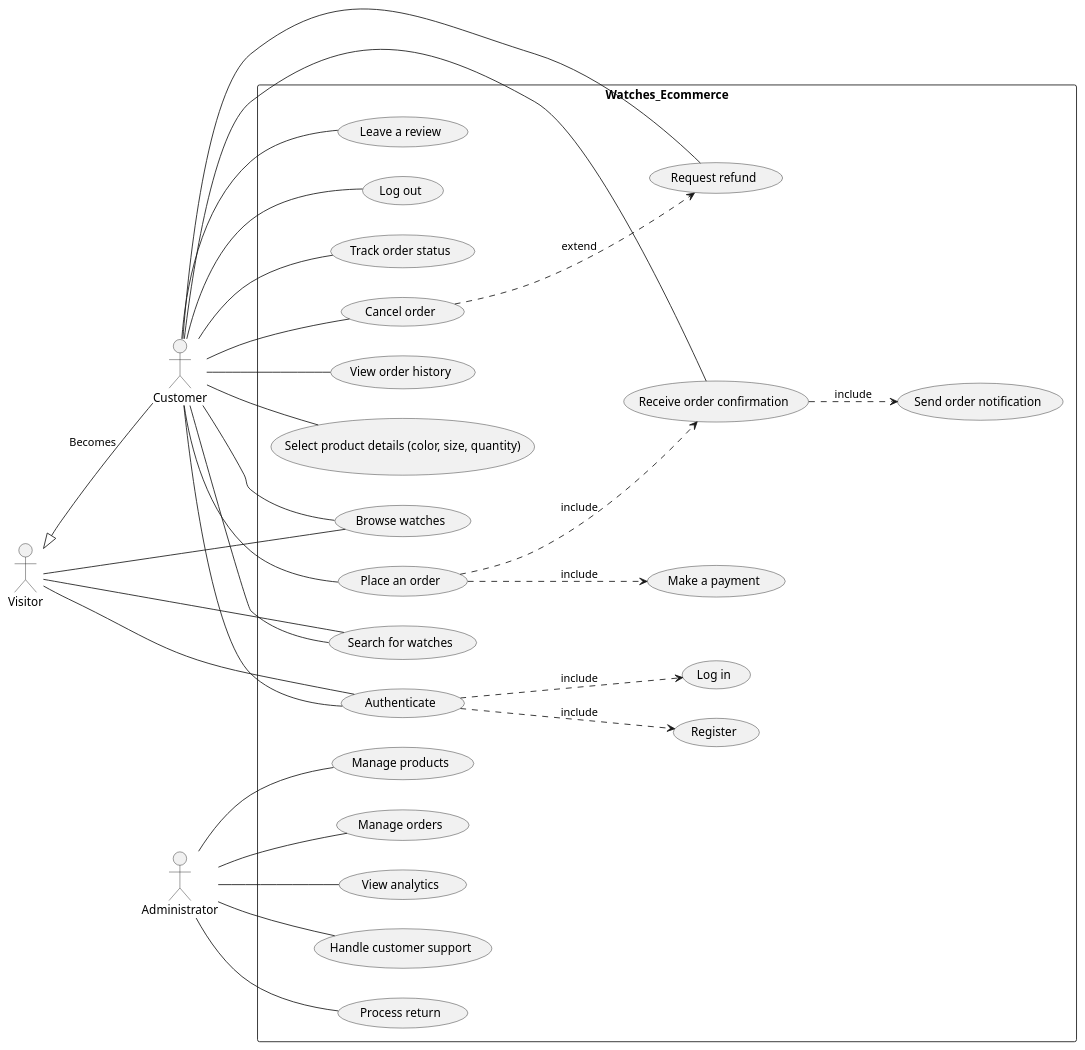
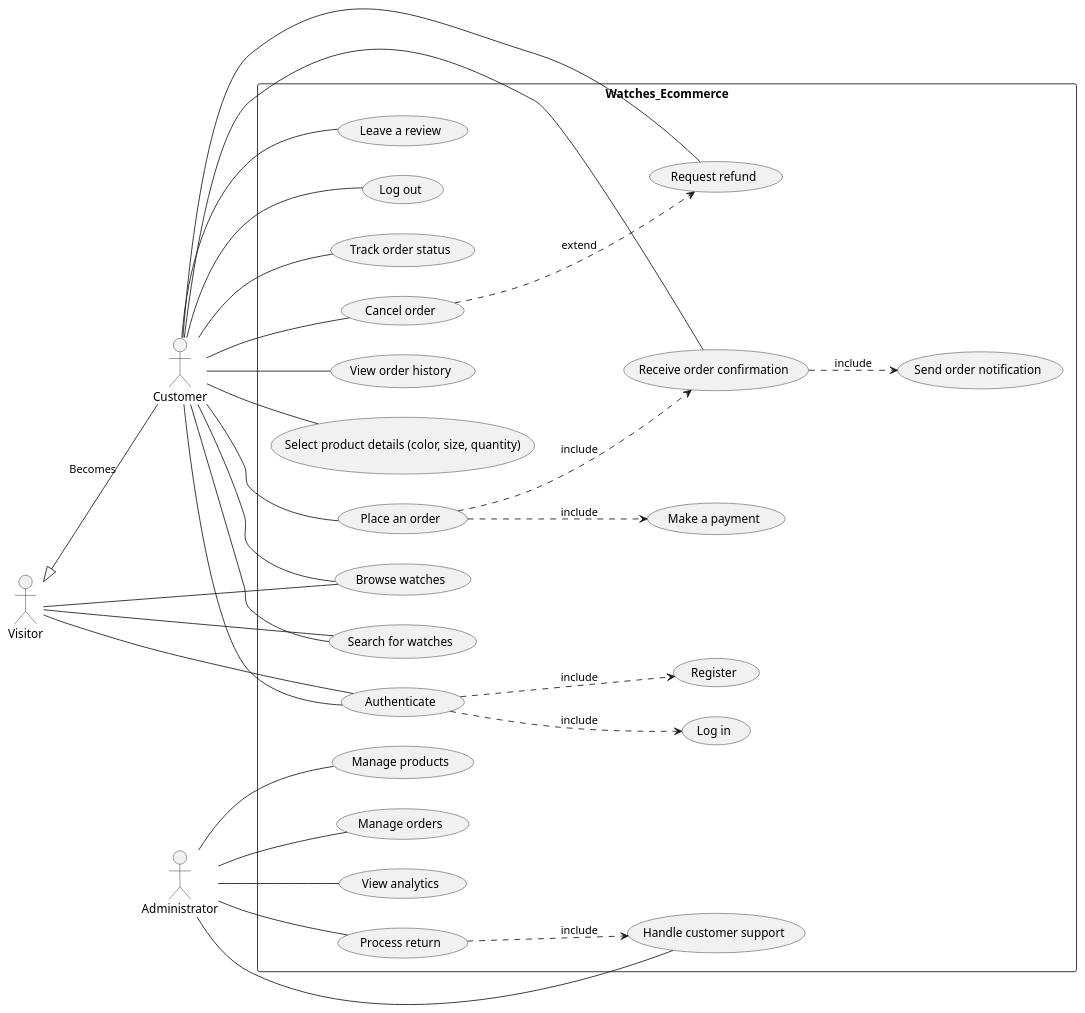
Before and after one commit to Tribak-Ayoub/E-commerce: the diagram in Functional_Branch/Use_Case/GeneralUseCase.pu, drawn with PlantUML.

```diff
--- a/Functional_Branch/Use_Case/GeneralUseCase.pu
+++ b/Functional_Branch/Use_Case/GeneralUseCase.pu
@@ -1,63 +1,64 @@
 @startuml Watches_Ecommerce
 left to right direction
 actor Visitor
 actor Customer
 actor Administrator
 
 rectangle "Watches_Ecommerce" {
   usecase "Browse watches" as UC_Browse
   usecase "Search for watches" as UC_Search
   usecase "Select product details (color, size, quantity)" as UC_SelectDetails
   usecase "Place an order" as UC_Order
   usecase "Make a payment" as UC_Payment
   usecase "Receive order confirmation" as UC_OrderConfirmation
   usecase "Send order notification" as UC_SendNotification
   usecase "Leave a review" as UC_Review
   usecase "Authenticate" as UC_Authenticate
   usecase "Register" as UC_Register
   usecase "Log in" as UC_Login
   usecase "Log out" as UC_Logout
   usecase "Track order status" as UC_TrackOrder
   usecase "Cancel order" as UC_CancelOrder
   usecase "View order history" as UC_OrderHistory
   usecase "Request refund" as UC_RequestRefund
   usecase "Manage products" as UC_ManageProducts
   usecase "Manage orders" as UC_ManageOrders
   usecase "View analytics" as UC_ViewAnalytics
   usecase "Handle customer support" as UC_CustomerSupport
   usecase "Process return" as UC_ProcessReturn
   
   UC_Authenticate ..> UC_Register : "«include»"
   UC_Authenticate ..> UC_Login : "«include»"
 '   UC_SelectDetails ..> UC_Order : "«include»"
   UC_Order ..> UC_Payment : "«include»"
   UC_Order ..> UC_OrderConfirmation : "«include»"
   UC_OrderConfirmation ..> UC_SendNotification : "«include»"
   UC_CancelOrder ..> UC_RequestRefund : "«extend»"
+  UC_ProcessReturn ..> UC_CustomerSupport : "«include»"
 }
 
 Visitor <|-- Customer : "Becomes"
 Visitor -- UC_Browse
 Visitor -- UC_Search
 Visitor -- UC_Authenticate
 
 Customer -- UC_Browse
 Customer -- UC_Search
 Customer -- UC_SelectDetails
 Customer -- UC_Order
 ' Customer -- UC_Payment
 Customer -- UC_OrderConfirmation
 Customer -- UC_Review
 Customer -- UC_Authenticate
 Customer -- UC_Logout
 Customer -- UC_TrackOrder
 Customer -- UC_CancelOrder
 Customer -- UC_OrderHistory
 Customer -- UC_RequestRefund
 
 Administrator -- UC_ManageProducts
 Administrator -- UC_ManageOrders
 Administrator -- UC_ViewAnalytics
 Administrator -- UC_CustomerSupport
 Administrator -- UC_ProcessReturn
 @enduml
```
